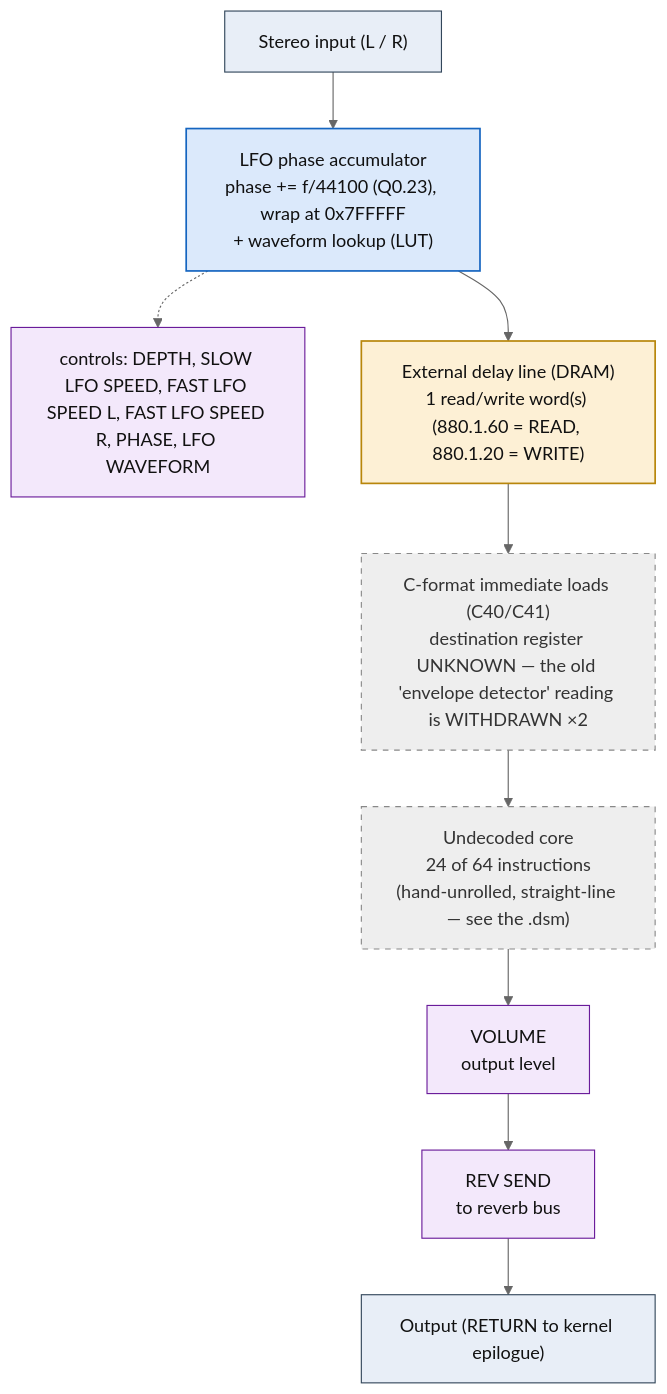
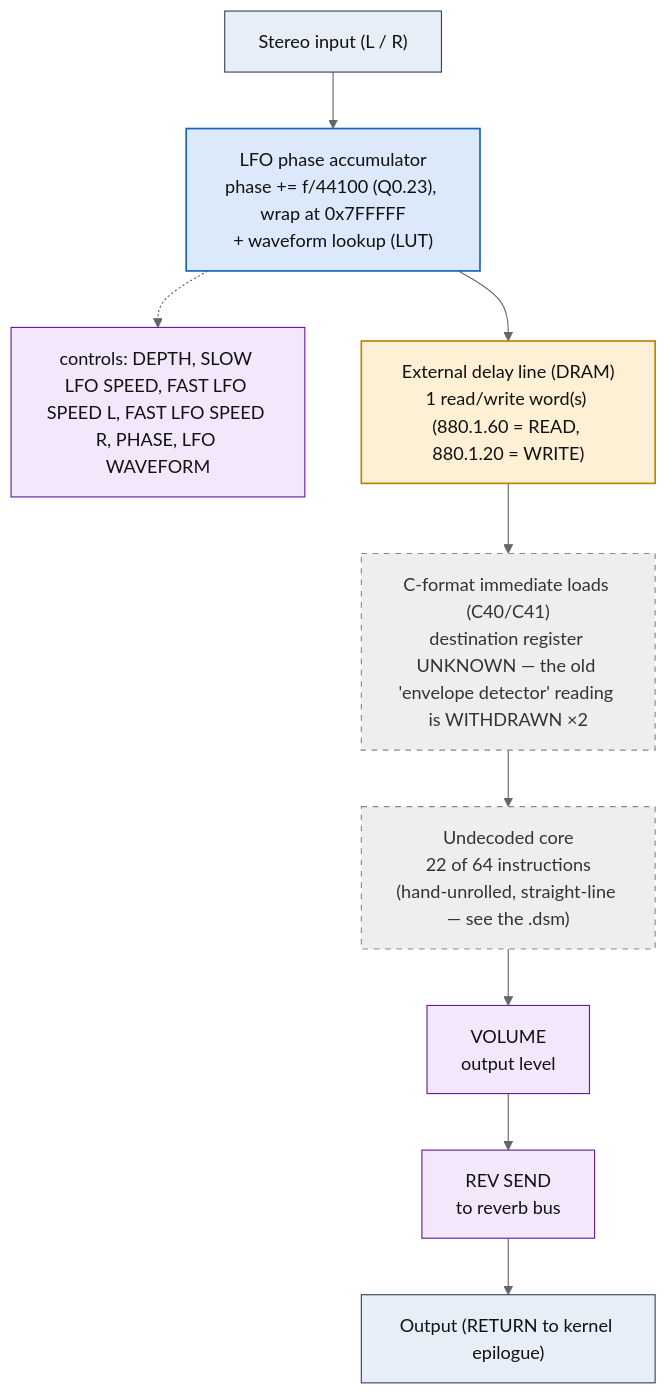
The diagram in dsp/flowcharts/prog56_mix_up.md (ArqueologiaDigital/kn5000-roms-disasm), drawn with Mermaid (neutral theme) before and after one commit. The commit also changed other lines of this file and 63 other files, not shown here.

````diff
--- a/dsp/flowcharts/prog56_mix_up.md
+++ b/dsp/flowcharts/prog56_mix_up.md
@@ -12,32 +12,32 @@
 ```mermaid
 flowchart TD
     N0["Stereo input (L / R)"]
     N1["LFO phase accumulator<br/>phase += f/44100 (Q0.23), wrap at 0x7FFFFF<br/>+ waveform lookup (LUT)"]
     N0 --> N1
     N2["controls: DEPTH, SLOW LFO SPEED, FAST LFO SPEED L, FAST LFO SPEED R, PHASE, LFO WAVEFORM"]
     N1 -.-> N2
     N3["External delay line (DRAM)<br/>1 read/write word(s) (880.1.60 = READ, 880.1.20 = WRITE)"]
     N1 --> N3
     N4["C-format immediate loads (C40/C41)<br/>destination register UNKNOWN &mdash; the old 'envelope detector' reading is WITHDRAWN &times;2"]
     N3 --> N4
-    N5["Undecoded core<br/>24 of 64 instructions<br/>(hand-unrolled, straight-line &mdash; see the .dsm)"]
+    N5["Undecoded core<br/>22 of 64 instructions<br/>(hand-unrolled, straight-line &mdash; see the .dsm)"]
     N4 --> N5
     N6["VOLUME<br/>output level"]
     N5 --> N6
     N7["REV SEND<br/>to reverb bus"]
     N6 --> N7
     N8["Output (RETURN to kernel epilogue)"]
     N7 --> N8
 
     classDef io fill:#e8eef7,stroke:#33475b,stroke-width:1px,color:#111;
     classDef proven fill:#d7f0d7,stroke:#2e7d32,stroke-width:2px,color:#111;
     classDef measured fill:#dbe9fb,stroke:#1565c0,stroke-width:1.5px,color:#111;
     classDef inferred fill:#fdf0d5,stroke:#b8860b,stroke-width:1.5px,color:#111;
     classDef open fill:#eeeeee,stroke:#888,stroke-width:1px,color:#333,stroke-dasharray:5 5;
     classDef ctrl fill:#f3e8fb,stroke:#6a1b9a,stroke-width:1px,color:#111;
     class N0,N8 io;
     class N1 measured;
     class N2,N6,N7 ctrl;
     class N3 inferred;
     class N4,N5 open;
 ```
````
